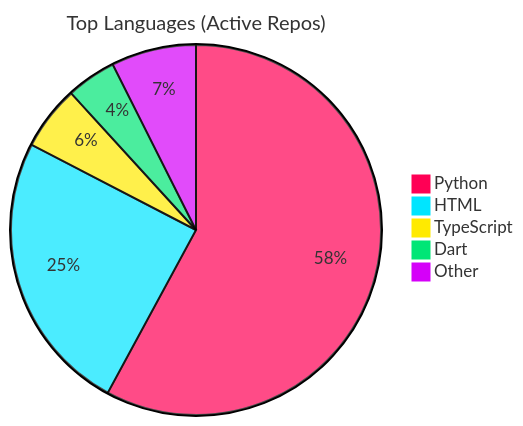
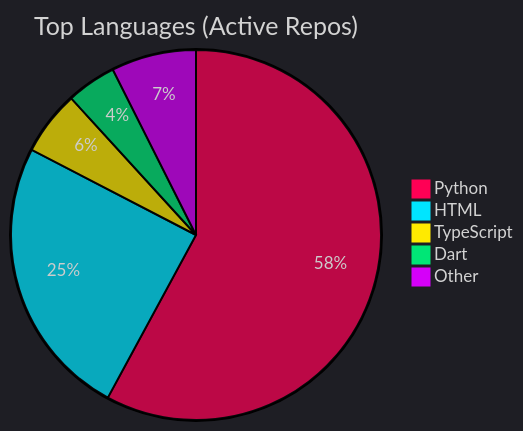
The diagram in README.md (Nzettodess/Nzettodess), drawn with Mermaid before and after one commit. The commit also changed 1 other file, not shown here.

Commit message:
fix: change mermaid theme to dark for proper text readability

````diff
--- a/README.md
+++ b/README.md
@@ -35,9 +35,9 @@
 ```mermaid
-%%{init: {'theme': 'base', 'themeVariables': { 'pie1': '#FF0055', 'pie2': '#00E5FF', 'pie3': '#FFEA00', 'pie4': '#00E676', 'pie5': '#D500F9', 'pieTitleTextPaint': '#ffffff', 'pieLegendTextPaint': '#ffffff', 'pieTitleTextSize': '20px' }}}%%
+%%{init: {'theme': 'dark', 'themeVariables': { 'pie1': '#FF0055', 'pie2': '#00E5FF', 'pie3': '#FFEA00', 'pie4': '#00E676', 'pie5': '#D500F9' }}}%%
 pie title Top Languages (Active Repos)
     "Python" : 55.60
     "HTML" : 23.72
     "TypeScript" : 5.39
     "Dart" : 4.19
     "Other" : 7.12
 ```
````
